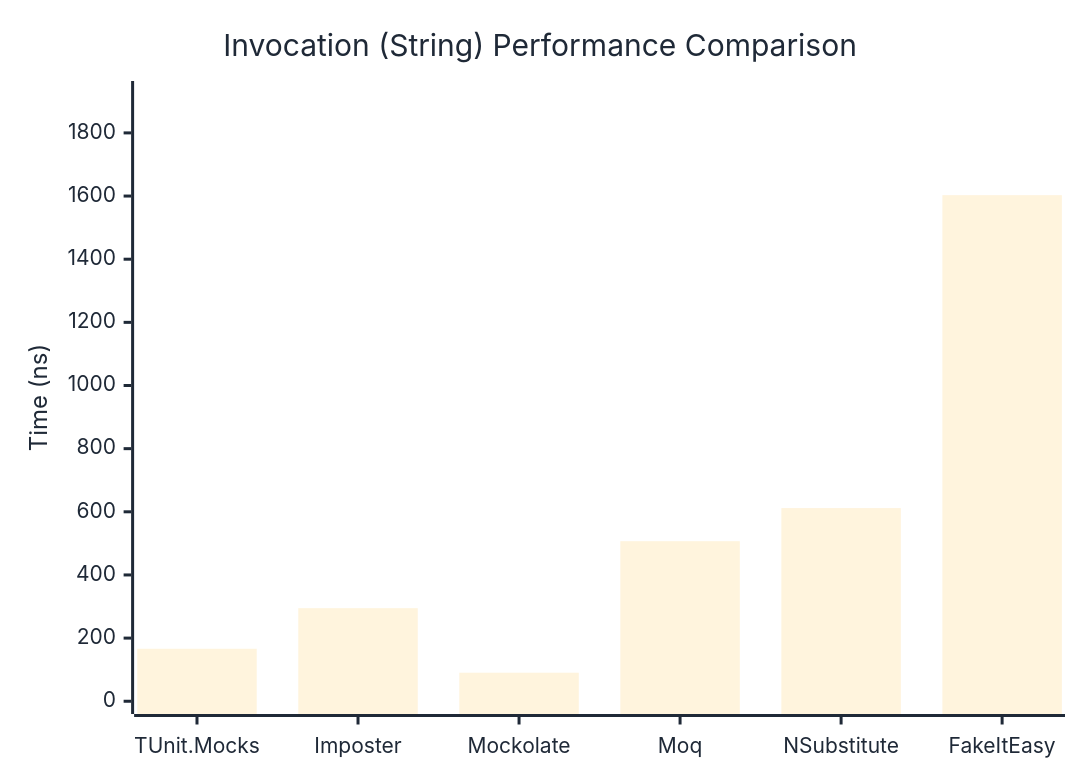
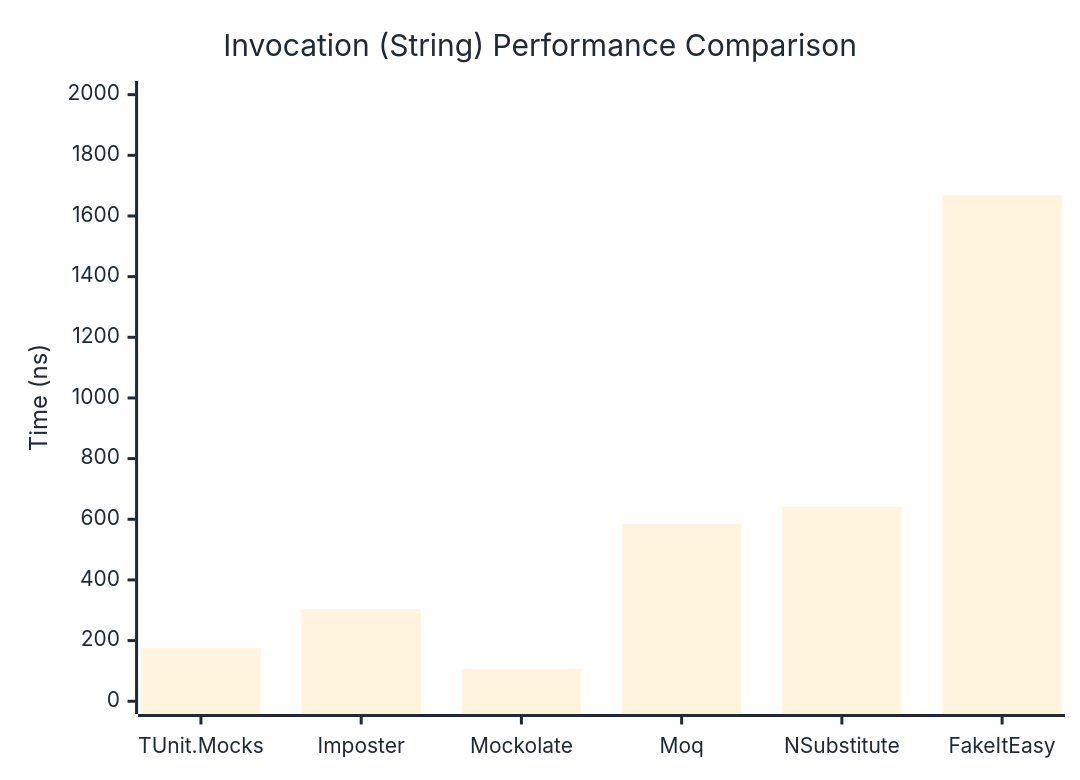
The second of 3 diagrams in docs/docs/benchmarks/mocks/Invocation.md (thomhurst/TUnit), drawn with Mermaid before and after one commit. The commit also changed other lines of this file and 14 other files, not shown here.

````diff
--- a/docs/docs/benchmarks/mocks/Invocation.md
+++ b/docs/docs/benchmarks/mocks/Invocation.md
@@ -71,27 +71,27 @@
 ```mermaid
 %%{init: {
   'theme':'base',
   'themeVariables': {
     'primaryColor': '#2563eb',
     'primaryTextColor': '#1f2937',
     'primaryBorderColor': '#1e40af',
     'lineColor': '#6b7280',
     'secondaryColor': '#7c3aed',
     'tertiaryColor': '#dc2626',
     'background': '#ffffff',
     'pie1': '#2563eb',
     'pie2': '#7c3aed',
     'pie3': '#dc2626',
     'pie4': '#f59e0b',
     'pie5': '#10b981',
     'pie6': '#06b6d4',
     'pie7': '#ec4899',
     'pie8': '#6366f1'
   }
 }}%%
 xychart-beta
   title "Invocation (String) Performance Comparison"
   x-axis ["TUnit.Mocks", "Imposter", "Mockolate", "Moq", "NSubstitute", "FakeItEasy"]
-  y-axis "Time (ns)" 0 --> 1924
-  bar [166.25, 294.79, 90.43, 506.91, 611.78, 1602.83]
+  y-axis "Time (ns)" 0 --> 2003
+  bar [174.9, 303.6, 107.1, 583.7, 641.4, 1668.4]
 ```
````
